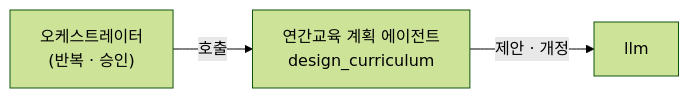
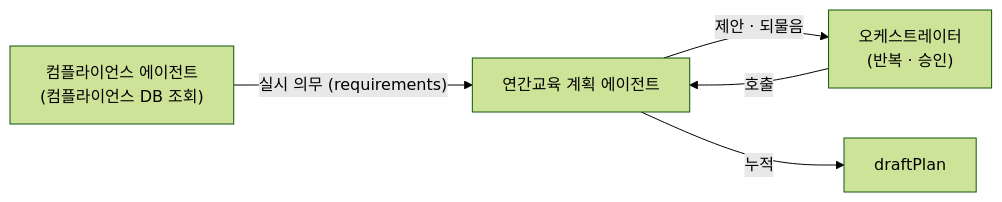
The first of 2 diagrams in docs/agents/annual_plan.md (Doc-AI-Agent-development/Doc-AI-Agent-development.github.io), drawn with Mermaid (forest theme) before and after one commit. The commit also changed other lines of this file and 4 other files, not shown here.

First line of the commit message:
Clarify annual plan diagram and name agents in scenario flows

````diff
--- a/docs/agents/annual_plan.md
+++ b/docs/agents/annual_plan.md
@@ -26,5 +26,7 @@
 ```mermaid
 flowchart LR
-    ORCH["오케스트레이터<br/>(반복 · 승인)"] -->|"호출"| SVC["연간교육 계획 에이전트<br/>design_curriculum"]
-    SVC -->|"제안 · 개정"| LLM["llm"]
+    CMP["컴플라이언스 에이전트<br/>(컴플라이언스 DB 조회)"] -->|"실시 의무 (requirements)"| SVC["연간교육 계획 에이전트"]
+    ORCH["오케스트레이터<br/>(반복 · 승인)"] -->|"호출"| SVC
+    SVC -->|"제안 · 되물음"| ORCH
+    SVC -->|"누적"| PLAN["draftPlan"]
 ```
````
